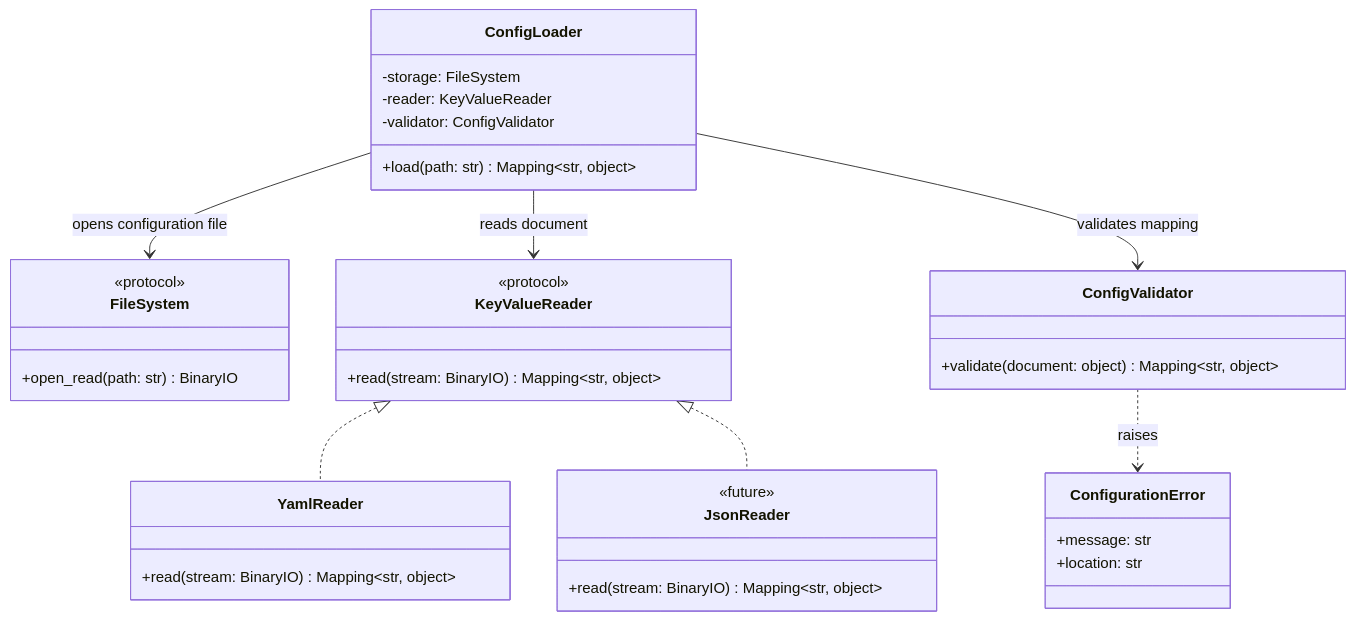
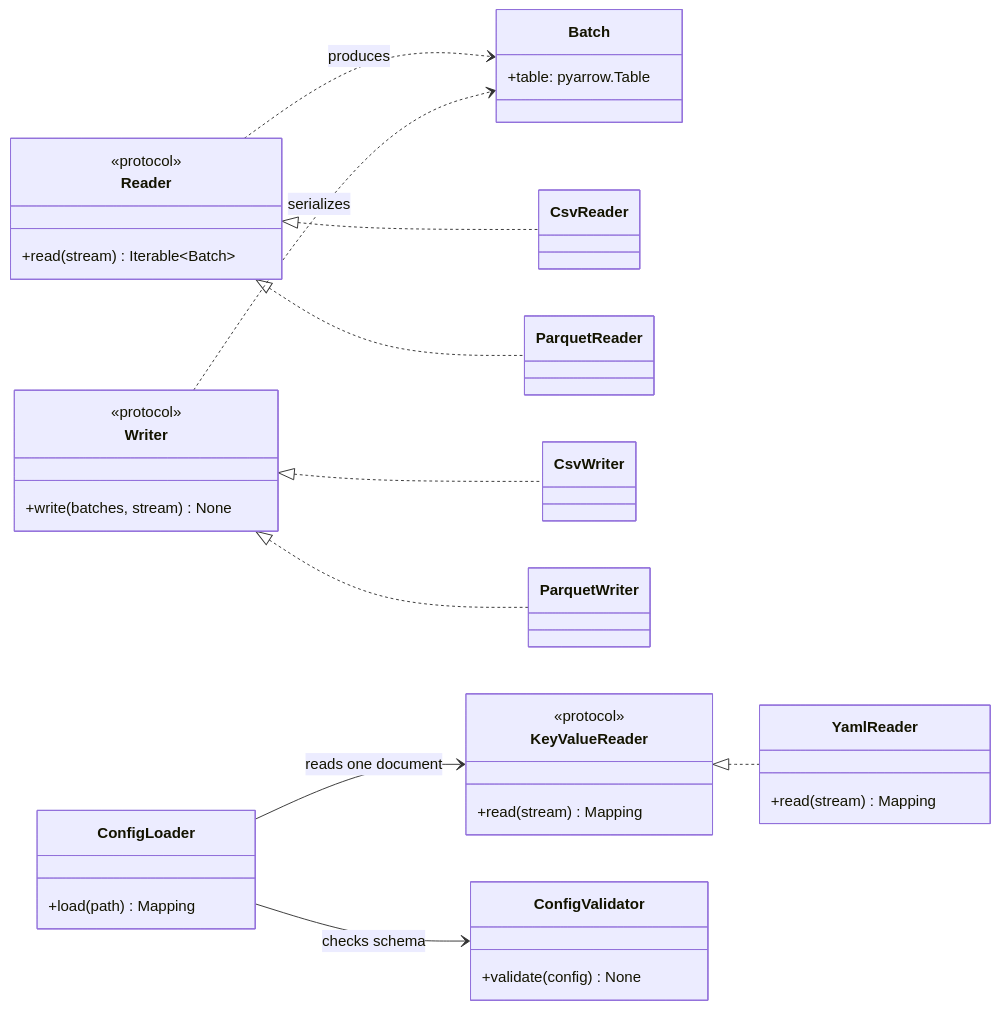
One commit to apaquette/ETLRelay changed the diagram in docs/architecture/data-representation-contracts.md. Above: the diagram before and after it, drawn with Mermaid. The commit also changed other lines of this file and 38 other files, not shown here.

````diff
--- a/docs/architecture/data-representation-contracts.md
+++ b/docs/architecture/data-representation-contracts.md
@@ -108,46 +108,43 @@
 ```mermaid
 classDiagram
-    direction TB
+    direction LR
 
-    class FileSystem {
+    class Batch {
+        +table: pyarrow.Table
+    }
+    class Reader {
         <<protocol>>
-        +open_read(path: str) BinaryIO
+        +read(stream) Iterable~Batch~
+    }
+    class Writer {
+        <<protocol>>
+        +write(batches, stream) None
+    }
+    class CsvReader
+    class ParquetReader
+    class CsvWriter
+    class ParquetWriter
+    class KeyValueReader {
+        <<protocol>>
+        +read(stream) Mapping
+    }
+    class YamlReader {
+        +read(stream) Mapping
+    }
+    class ConfigLoader {
+        +load(path) Mapping
+    }
+    class ConfigValidator {
+        +validate(config) None
     }
 
-    class KeyValueReader {
-        <<protocol>>
-        +read(stream: BinaryIO) Mapping~str, object~
-    }
-
-    class YamlReader {
-        +read(stream: BinaryIO) Mapping~str, object~
-    }
-
-    class JsonReader {
-        <<future>>
-        +read(stream: BinaryIO) Mapping~str, object~
-    }
-
-    class ConfigLoader {
-        -storage: FileSystem
-        -reader: KeyValueReader
-        -validator: ConfigValidator
-        +load(path: str) Mapping~str, object~
-    }
-
-    class ConfigValidator {
-        +validate(document: object) Mapping~str, object~
-    }
-
-    class ConfigurationError {
-        +message: str
-        +location: str
-    }
-
+    Reader <|.. CsvReader
+    Reader <|.. ParquetReader
+    Writer <|.. CsvWriter
+    Writer <|.. ParquetWriter
     KeyValueReader <|.. YamlReader
-    KeyValueReader <|.. JsonReader
-    ConfigLoader --> FileSystem : opens configuration file
-    ConfigLoader --> KeyValueReader : reads document
-    ConfigLoader --> ConfigValidator : validates mapping
-    ConfigValidator ..> ConfigurationError : raises
+    ConfigLoader --> KeyValueReader : reads one document
+    ConfigLoader --> ConfigValidator : checks schema
+    Reader ..> Batch : produces
+    Writer ..> Batch : serializes
 ```
````
